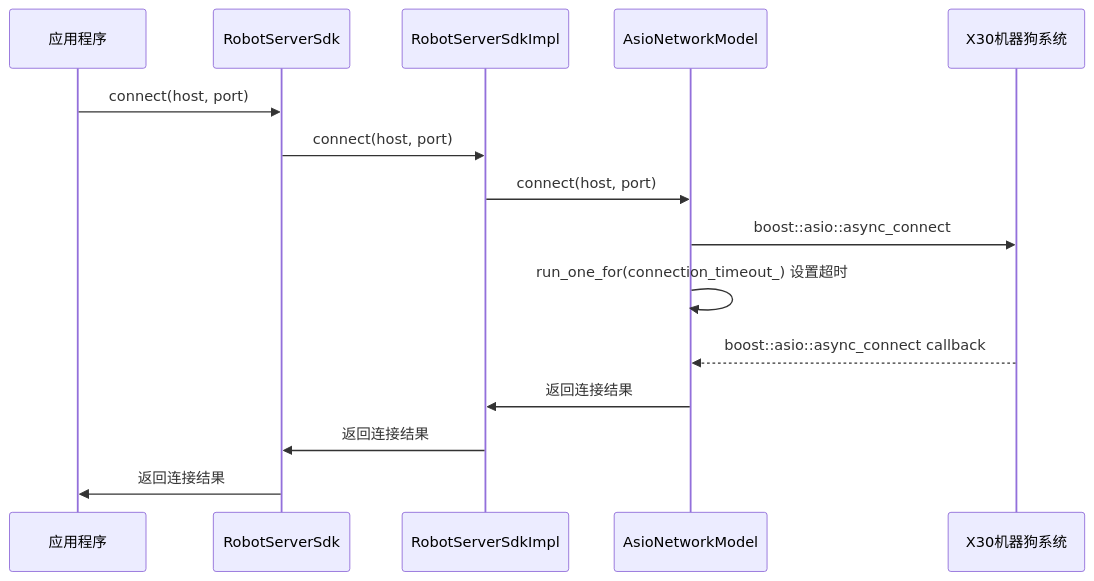
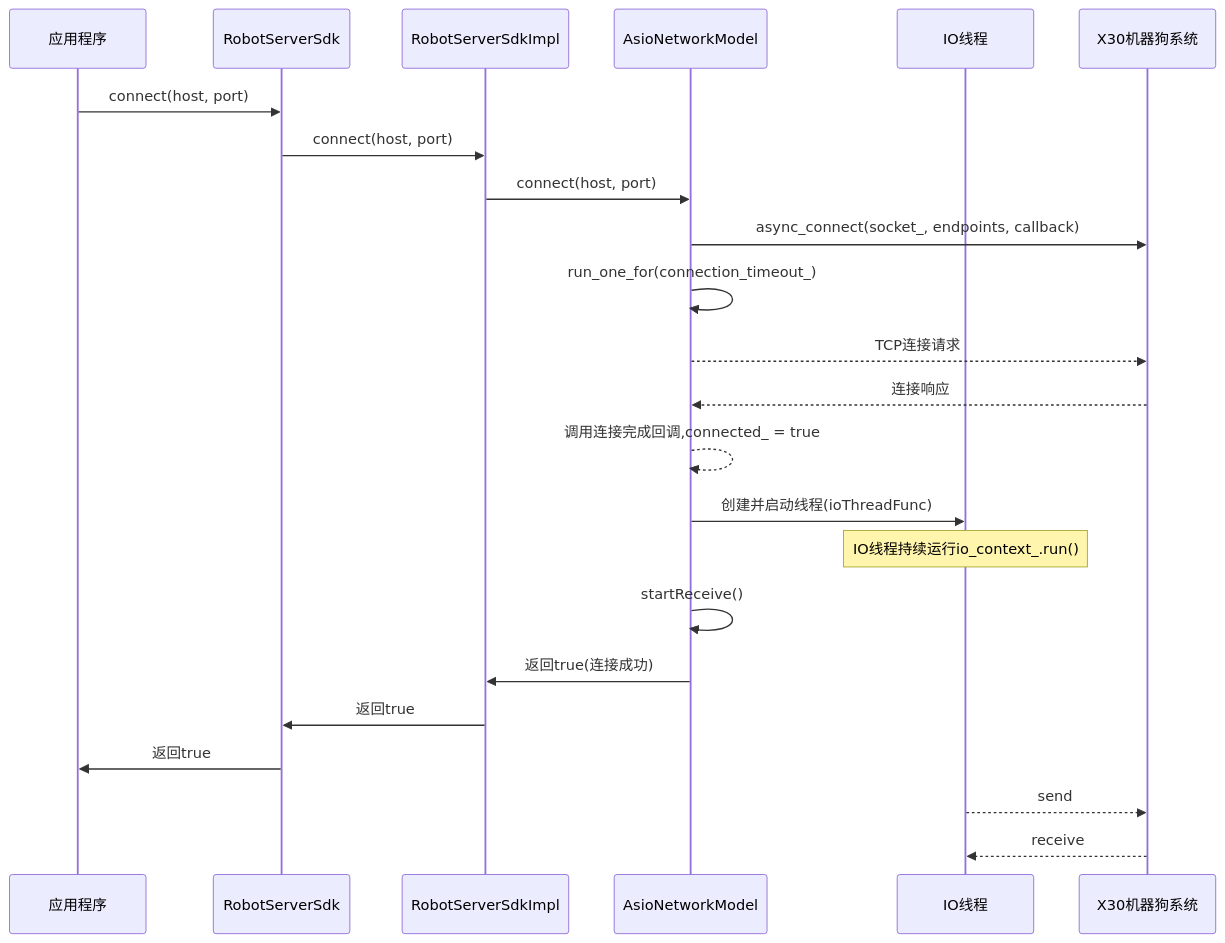
The third of 5 diagrams in docs2/architecture.md (tailu123/x30-nav-sdk), drawn with Mermaid before and after one commit. The commit also changed other lines of this file and 19 other files, not shown here.

````diff
--- a/docs2/architecture.md
+++ b/docs2/architecture.md
@@ -193,19 +195,40 @@
 ```mermaid
 sequenceDiagram
     participant App as 应用程序
     participant SDK as RobotServerSdk
     participant Impl as RobotServerSdkImpl
     participant Net as AsioNetworkModel
+    participant IOThread as IO线程
     participant Dog as X30机器狗系统
 
     %% Connection Flow
     App->>SDK: connect(host, port)
     SDK->>Impl: connect(host, port)
     Impl->>Net: connect(host, port)
-    Net->>Dog: boost::asio::async_connect
-    Net->>Net: run_one_for(connection_timeout_) 设置超时
-    Dog-->>Net: boost::asio::async_connect callback
-    Net->>Impl: 返回连接结果
-    Impl->>SDK: 返回连接结果
-    SDK->>App: 返回连接结果
+    
+    %% 异步连接请求
+    Net->>Dog: async_connect(socket_, endpoints, callback)
+    
+    %% 主线程等待连接完成或超时
+    Net->>Net: run_one_for(connection_timeout_)
+    
+    Net-->>Dog: TCP连接请求
+    Dog-->>Net: 连接响应
+    Net-->>Net: 调用连接完成回调,connected_ = true
+    
+    %% 启动专用IO线程
+    Net->>IOThread: 创建并启动线程(ioThreadFunc)
+    Note over IOThread,IOThread: IO线程持续运行io_context_.run()
+    
+    %% 启动第一次接收
+    Net->>Net: startReceive()
+    
+    %% 返回连接结果
+    Net->>Impl: 返回true(连接成功)
+    Impl->>SDK: 返回true
+    SDK->>App: 返回true
+    
+    %% 后续的异步操作
+    IOThread-->>Dog: send
+    Dog-->>IOThread: receive
 ```
````
